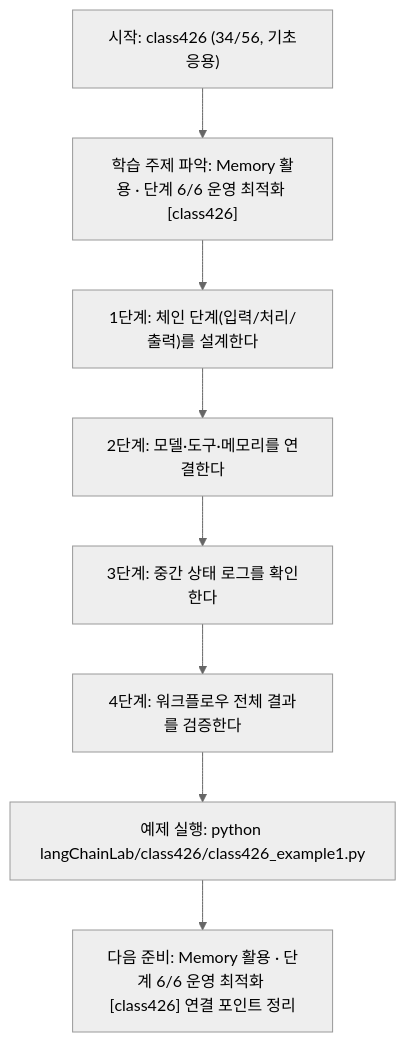
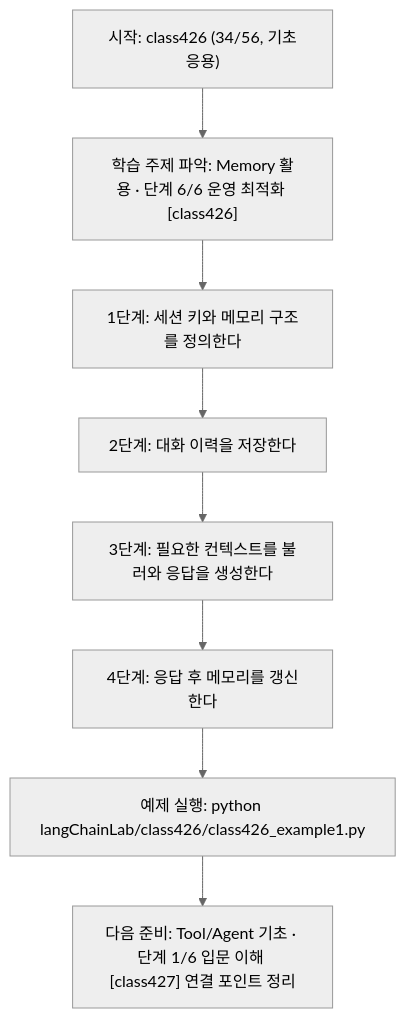
The diagram in langChainLab/class426/class426.md (edumgt/Python-AI_Agent-Class), drawn with Mermaid (neutral theme) before and after one commit. The commit also changed other lines of this file and 395 other files, not shown here.

````diff
--- a/langChainLab/class426/class426.md
+++ b/langChainLab/class426/class426.md
@@ -109,18 +91,18 @@
 ```mermaid
 flowchart TD
 N1["시작: class426 (34/56, 기초응용)"]
 N2["학습 주제 파악: Memory 활용 · 단계 6/6 운영 최적화 [class426]"]
-N3["1단계: 체인 단계(입력/처리/출력)를 설계한다"]
-N4["2단계: 모델·도구·메모리를 연결한다"]
-N5["3단계: 중간 상태 로그를 확인한다"]
-N6["4단계: 워크플로우 전체 결과를 검증한다"]
+N3["1단계: 세션 키와 메모리 구조를 정의한다"]
+N4["2단계: 대화 이력을 저장한다"]
+N5["3단계: 필요한 컨텍스트를 불러와 응답을 생성한다"]
+N6["4단계: 응답 후 메모리를 갱신한다"]
 N7["예제 실행: python langChainLab/class426/class426_example1.py"]
-N8["다음 준비: Memory 활용 · 단계 6/6 운영 최적화 [class426] 연결 포인트 정리"]
+N8["다음 준비: Tool/Agent 기초 · 단계 1/6 입문 이해 [class427] 연결 포인트 정리"]
 N1 --> N2
 N2 --> N3
 N3 --> N4
 N4 --> N5
 N5 --> N6
 N6 --> N7
 N7 --> N8
 ```
````
